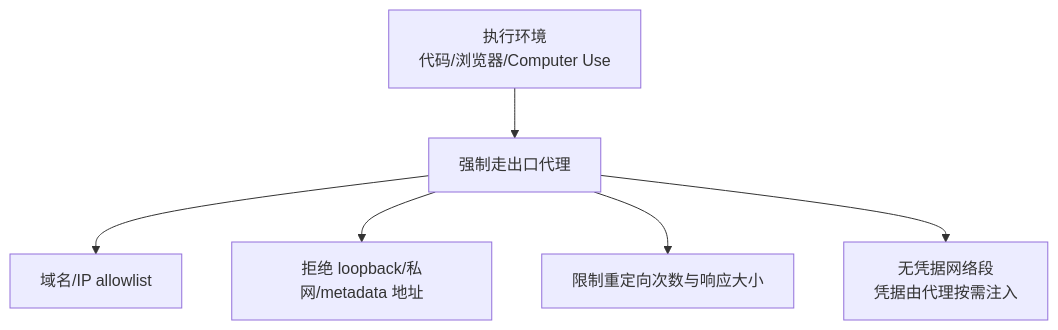
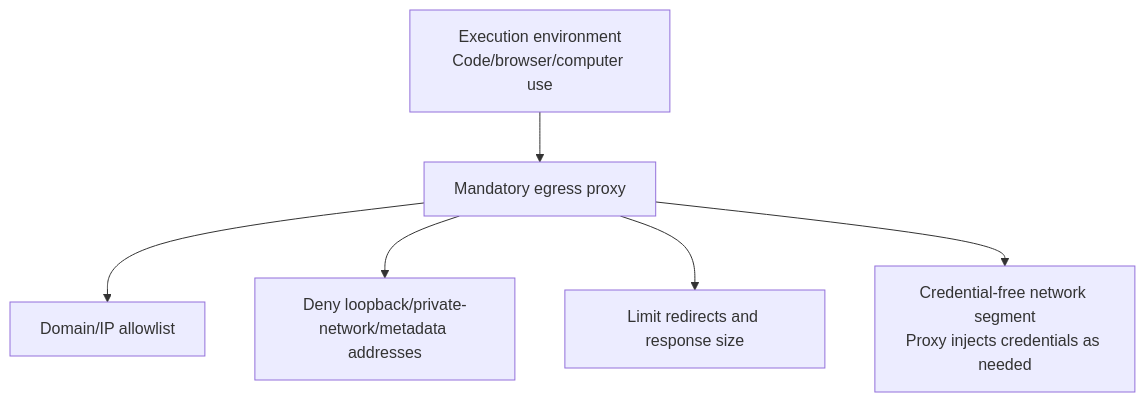
Before and after one commit to oneleaveknowsthefall/awesome-ai-roadmap: the second of 2 diagrams in docs/safety/04-agent-execution-isolation/08-code-execution-browser-computer-use-sandboxing.md, drawn with Mermaid. The commit also changed other lines of this file and 82 other files, not shown here.

````diff
--- a/docs/safety/04-agent-execution-isolation/08-code-execution-browser-computer-use-sandboxing.md
+++ b/docs/safety/04-agent-execution-isolation/08-code-execution-browser-computer-use-sandboxing.md
@@ -84,8 +84,8 @@
 ```mermaid
 flowchart TB
-    E[执行环境<br/>代码/浏览器/Computer Use] --> P[强制走出口代理]
-    P --> W[域名/IP allowlist]
-    P --> N[拒绝 loopback/私网/metadata 地址]
-    P --> R[限制重定向次数与响应大小]
-    P --> L[无凭据网络段<br/>凭据由代理按需注入]
+    E[Execution environment<br/>Code/browser/computer use] --> P[Mandatory egress proxy]
+    P --> W[Domain/IP allowlist]
+    P --> N[Deny loopback/private-network/metadata addresses]
+    P --> R[Limit redirects and response size]
+    P --> L[Credential-free network segment<br/>Proxy injects credentials as needed]
 ```
````
